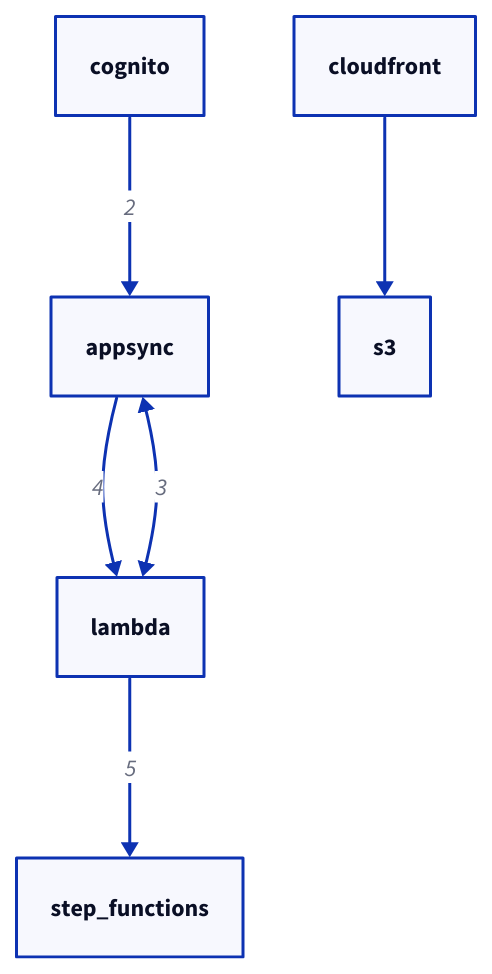
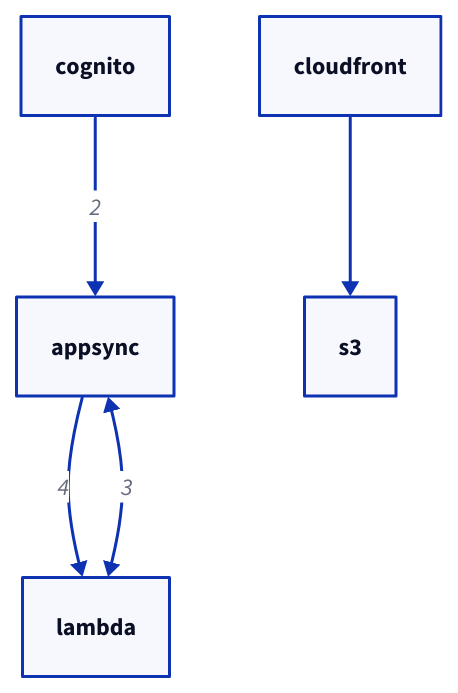
One commit to fif911/mcp_excalidraw changed the third of 7 diagrams in skills/excalidraw-diagramming/SKILL.md. Above: the diagram before and after it, drawn with D2. The commit also changed other lines of this file and 1 other file, not shown here.

````diff
--- a/skills/excalidraw-diagramming/SKILL.md
+++ b/skills/excalidraw-diagramming/SKILL.md
@@ -49,12 +45,11 @@
 ```d2
 # Number after colon = badge number
 cognito -> appsync: 2
 appsync -> lambda: 4
-lambda -> step_functions: 5
 
 # Bidirectional
 appsync <-> lambda: 3
 
 # Unlabeled (no badge)
 cloudfront -> s3
 ```
````
